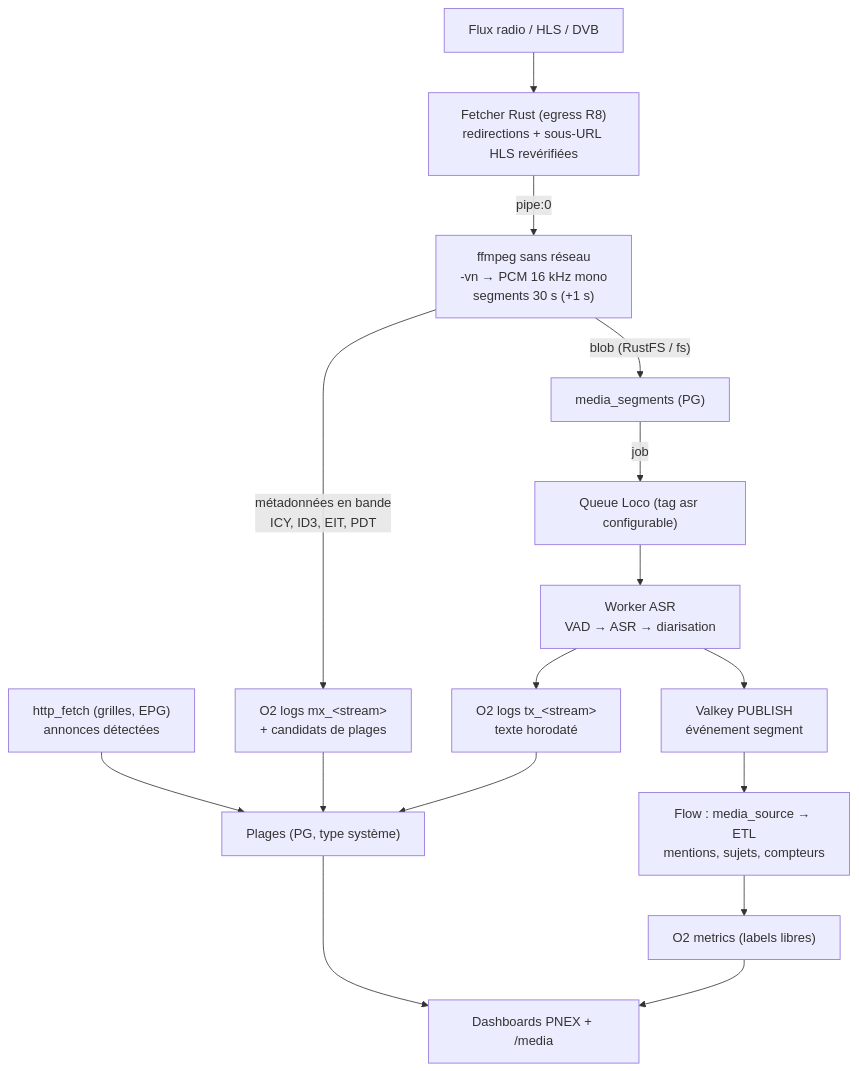
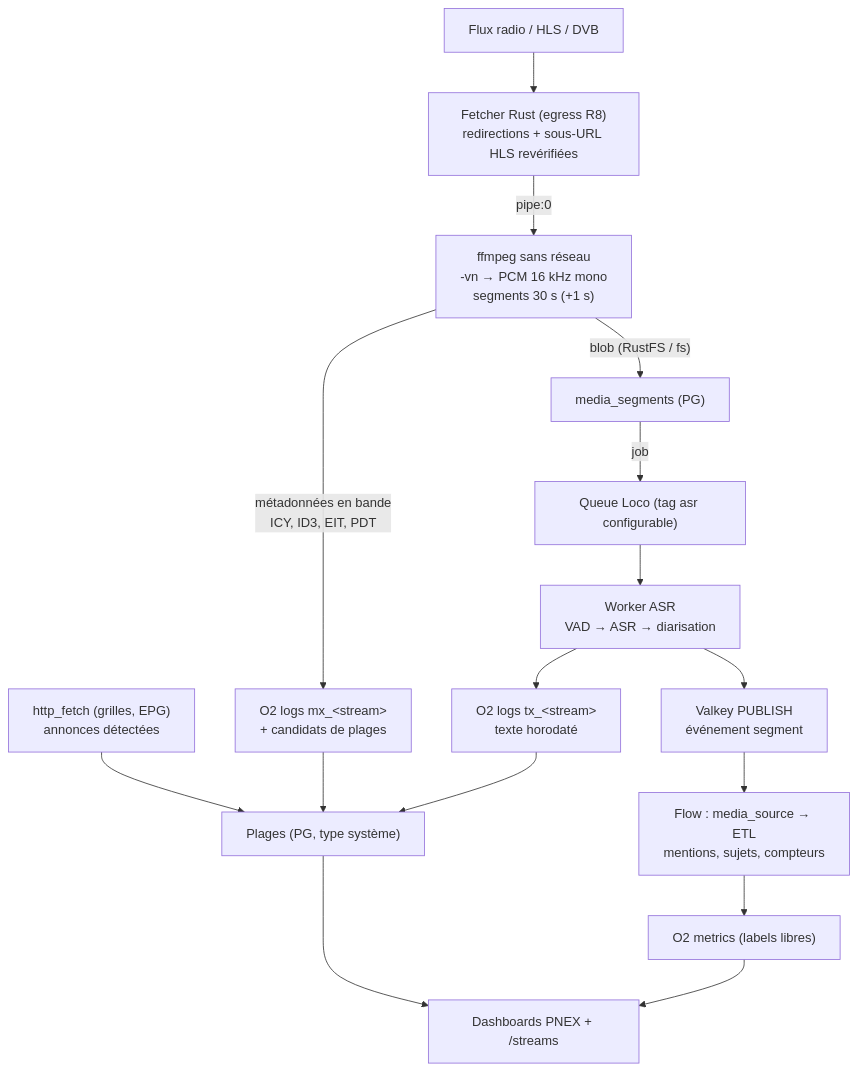
The diagram in docs/architecture/media-ingest.md (Pnex/pnex-rs), drawn with Mermaid before and after one commit. The commit also changed other lines of this file and 44 other files, not shown here.

First line of the commit message:
feat(media): stream registry, ASR profiles and /streams page (D159, D164)

````diff
--- a/docs/architecture/media-ingest.md
+++ b/docs/architecture/media-ingest.md
@@ -95,18 +95,18 @@
 ```mermaid
 flowchart TB
   SRC["Flux radio / HLS / DVB"] --> FET["Fetcher Rust (egress R8)<br/>redirections + sous-URL HLS revérifiées"]
   FET -->|"pipe:0"| CAP["ffmpeg sans réseau<br/>-vn → PCM 16 kHz mono<br/>segments 30 s (+1 s)"]
   CAP -->|"blob (RustFS / fs)"| SEG["media_segments (PG)"]
   CAP -->|"métadonnées en bande<br/>ICY, ID3, EIT, PDT"| MX["O2 logs mx_&lt;stream&gt;<br/>+ candidats de plages"]
   SEG -->|job| Q["Queue Loco (tag asr configurable)"]
   Q --> ASR["Worker ASR<br/>VAD → ASR → diarisation"]
   ASR --> TX["O2 logs tx_&lt;stream&gt;<br/>texte horodaté"]
   ASR --> PUB["Valkey PUBLISH<br/>événement segment"]
   PUB --> FLOW["Flow : media_source → ETL<br/>mentions, sujets, compteurs"]
   FLOW --> MET["O2 metrics (labels libres)"]
   FETCH["http_fetch (grilles, EPG)<br/>annonces détectées"] --> RANGES["Plages (PG, type système)"]
   MX --> RANGES
   TX --> RANGES
-  RANGES --> DASH["Dashboards PNEX + /media"]
+  RANGES --> DASH["Dashboards PNEX + /streams"]
   MET --> DASH
 ```
````
